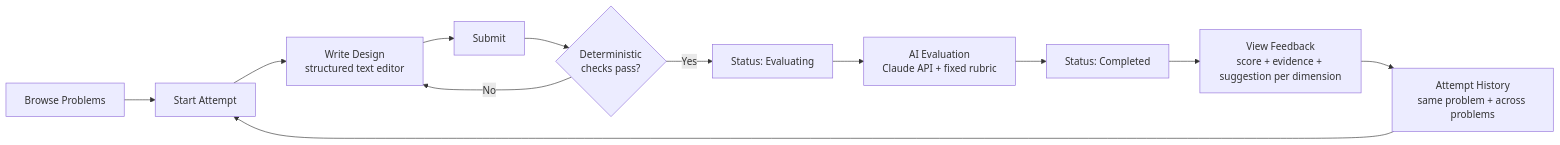
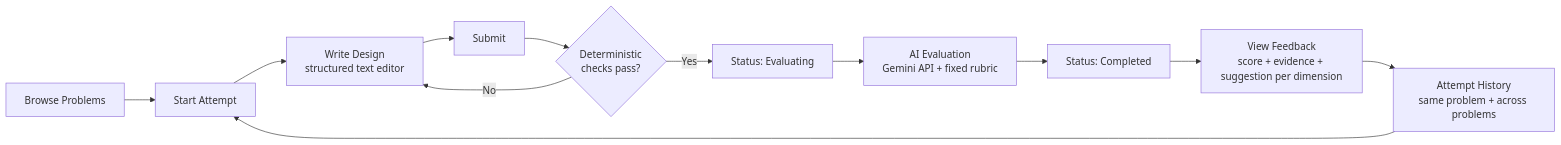
Before and after one commit to abhi-54986/LLD-Practice-Platform: the first of 3 diagrams in DESIGN_NOTE.md, drawn with Mermaid. The commit also changed other lines of this file and 24 other files, not shown here.

Commit message:
Implement (Phase 3: deterministic checker, Gemini evaluator, evaluation worker) + (Phase 4a: frontend design system, problem list, attempt workspace)

````diff
--- a/DESIGN_NOTE.md
+++ b/DESIGN_NOTE.md
@@ -24,14 +24,14 @@
 ```mermaid
 flowchart LR
     A[Browse Problems] --> B[Start Attempt]
     B --> C[Write Design<br/>structured text editor]
     C --> D[Submit]
     D --> E{Deterministic<br/>checks pass?}
     E -- No --> C
     E -- Yes --> F[Status: Evaluating]
-    F --> G[AI Evaluation<br/>Claude API + fixed rubric]
+    F --> G[AI Evaluation<br/>Gemini API + fixed rubric]
     G --> H[Status: Completed]
     H --> I[View Feedback<br/>score + evidence + suggestion per dimension]
     I --> J[Attempt History<br/>same problem + across problems]
     J --> B
 ```
````
